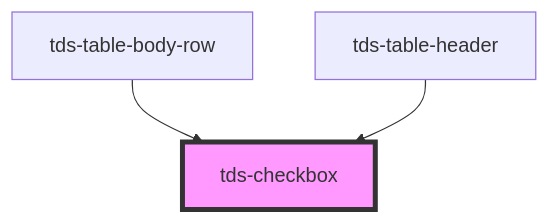
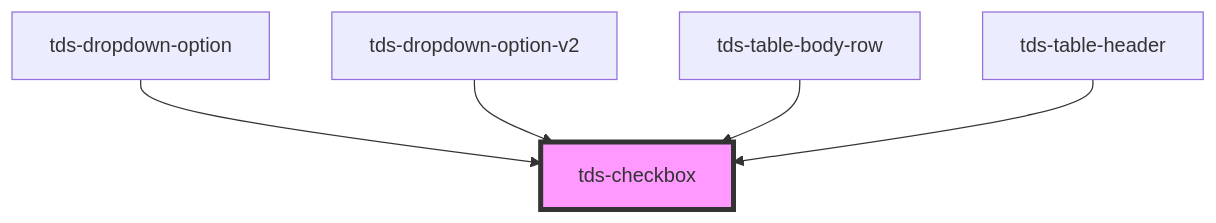
One commit to scania-digital-design-system/tegel changed the diagram in core/src/components/checkbox/readme.md. Above: the diagram before and after it, drawn with Mermaid. The commit also changed other lines of this file and 24 other files, not shown here.

````diff
--- a/core/src/components/checkbox/readme.md
+++ b/core/src/components/checkbox/readme.md
@@ -50,6 +52,8 @@
 ```mermaid
 graph TD;
+  tds-dropdown-option --> tds-checkbox
+  tds-dropdown-option-v2 --> tds-checkbox
   tds-table-body-row --> tds-checkbox
   tds-table-header --> tds-checkbox
   style tds-checkbox fill:#f9f,stroke:#333,stroke-width:4px
 ```
````
